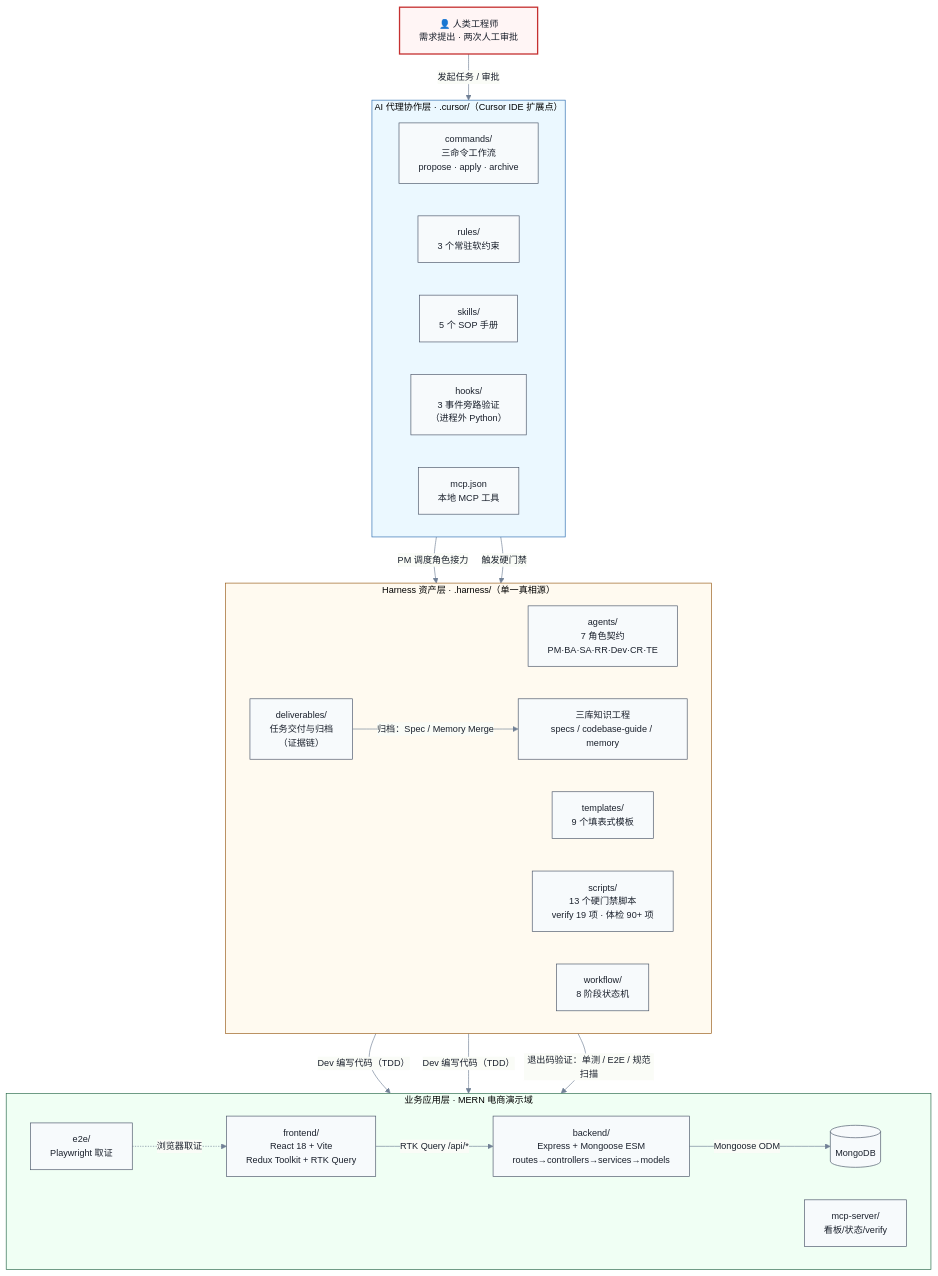
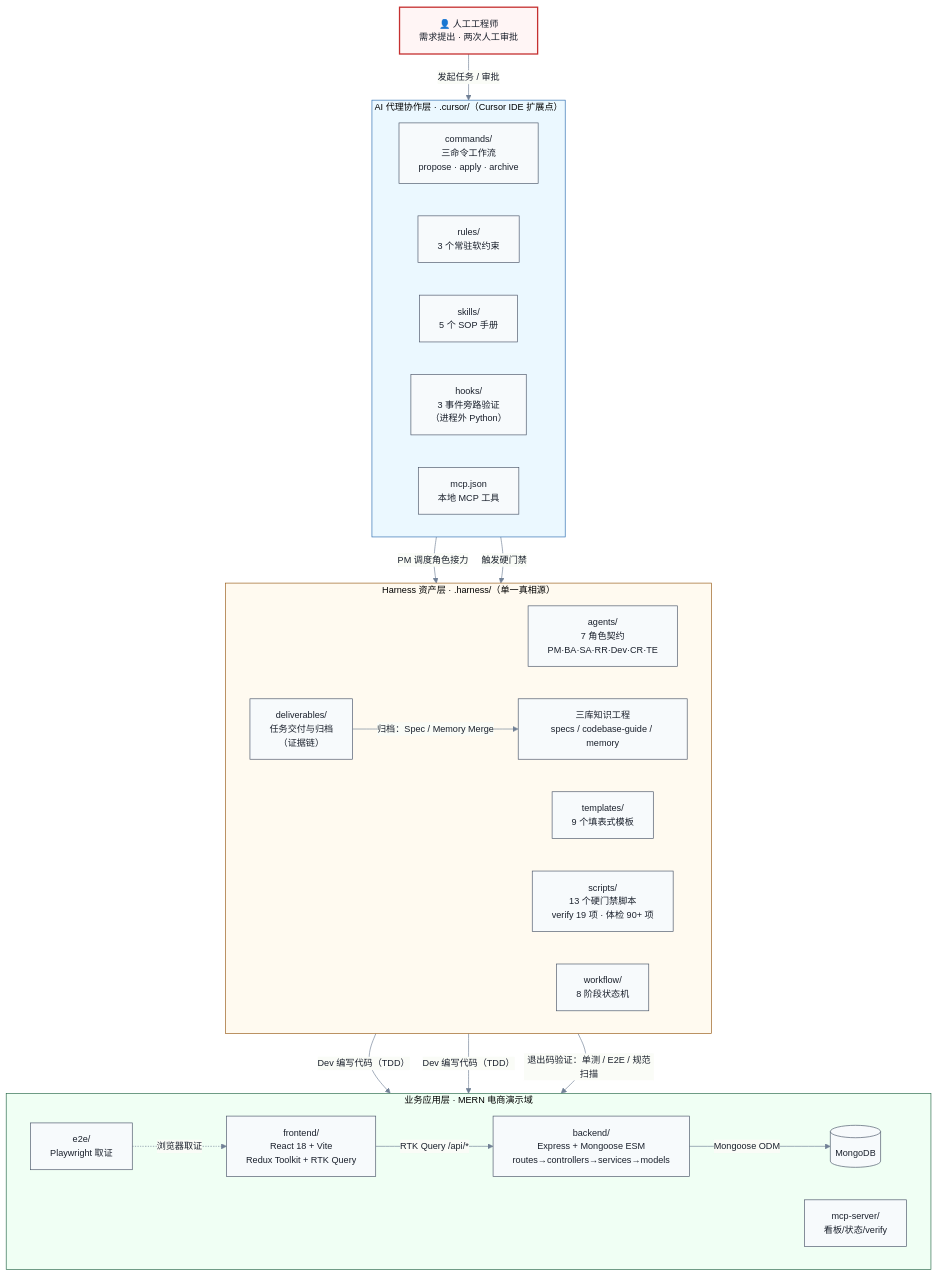
The diagram in docs/diagrams-src/01-system-architecture.mmd (wszz117/harness-shop), drawn with Mermaid before and after one commit. The commit also changed 7 other files, not shown here.

```diff
--- a/docs/diagrams-src/01-system-architecture.mmd
+++ b/docs/diagrams-src/01-system-architecture.mmd
@@ -1,51 +1,51 @@
 ---
 config:
   theme: base
   themeVariables:
     primaryColor: "#f7fafc"
     primaryBorderColor: "#4a5568"
     primaryTextColor: "#1a202c"
     lineColor: "#718096"
     fontSize: "14px"
 ---
 flowchart TB
-    HUMAN["👤 人类工程师<br/>需求提出 · 两次人工审批"]
+    HUMAN["👤 人工工程师<br/>需求提出 · 两次人工审批"]
     subgraph CURSOR["AI 代理协作层 · .cursor/（Cursor IDE 扩展点）"]
         direction LR
         CMD["commands/<br/>三命令工作流<br/>propose · apply · archive"]
         RULES["rules/<br/>3 个常驻软约束"]
         SKILLS["skills/<br/>5 个 SOP 手册"]
         HOOKS["hooks/<br/>3 事件旁路验证<br/>（进程外 Python）"]
         MCP["mcp.json<br/>本地 MCP 工具"]
     end
     subgraph HARNESS["Harness 资产层 · .harness/（单一真相源）"]
         direction LR
         AGENTS["agents/<br/>7 角色契约<br/>PM·BA·SA·RR·Dev·CR·TE"]
         KB["三库知识工程<br/>specs / codebase-guide / memory"]
         TPL["templates/<br/>9 个填表式模板"]
         SCRIPTS["scripts/<br/>13 个硬门禁脚本<br/>verify 19 项 · 体检 90+ 项"]
         DELIV["deliverables/<br/>任务交付与归档<br/>（证据链）"]
         WF["workflow/<br/>8 阶段状态机"]
     end
     subgraph APP["业务应用层 · MERN 电商演示域"]
         direction LR
         FE["frontend/<br/>React 18 + Vite<br/>Redux Toolkit + RTK Query"]
         BE["backend/<br/>Express + Mongoose ESM<br/>routes→controllers→services→models"]
         DB[("MongoDB")]
         E2E["e2e/<br/>Playwright 取证"]
         MCPS["mcp-server/<br/>看板/状态/verify"]
     end
     HUMAN -->|"发起任务 / 审批"| CMD
     CMD -->|"PM 调度角色接力"| AGENTS
     HOOKS -->|"触发硬门禁"| SCRIPTS
     AGENTS -->|"Dev 编写代码（TDD）"| FE
     AGENTS -->|"Dev 编写代码（TDD）"| BE
     SCRIPTS -->|"退出码验证：单测 / E2E / 规范扫描"| APP
     FE -->|"RTK Query /api/*"| BE
     BE -->|"Mongoose ODM"| DB
     E2E -.->|"浏览器取证"| FE
     DELIV -->|"归档：Spec / Memory Merge"| KB
     style HUMAN fill:#fff5f5,stroke:#c53030,stroke-width:2px
     style CURSOR fill:#ebf8ff,stroke:#2b6cb0
     style HARNESS fill:#fffaf0,stroke:#975a16
     style APP fill:#f0fff4,stroke:#276749
```
